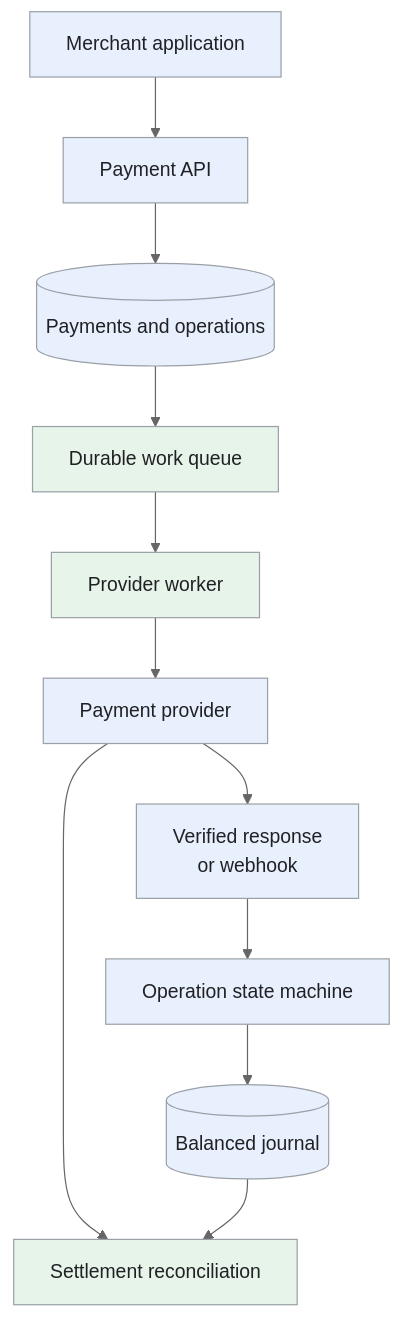
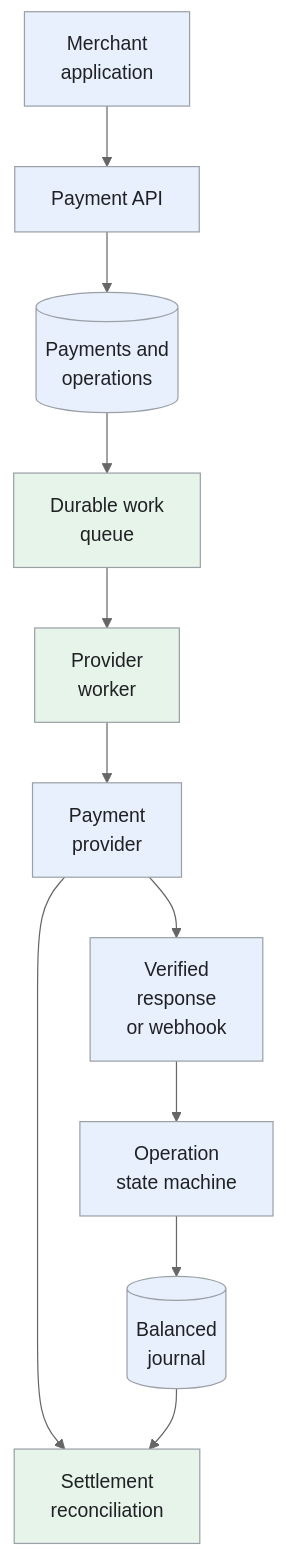
One commit to iliazlobin/iliazlobin.github.io changed the first of 6 diagrams in _designs/system-design-payment-system.md. Above: the diagram before and after it, drawn with Mermaid (neutral theme). The commit also changed other lines of this file and 116 other files, not shown here.

````diff
--- a/_designs/system-design-payment-system.md
+++ b/_designs/system-design-payment-system.md
@@ -140,18 +140,18 @@
 ```mermaid
 flowchart TB
-    U["Merchant application"] --> P["Payment API"]
-    P --> D[("Payments and operations")]
-    D --> Q["Durable work queue"]
-    Q --> W["Provider worker"]
-    W --> X["Payment provider"]
-    X --> H["Verified response<br/>or webhook"]
-    H --> S["Operation state machine"]
-    S --> L[("Balanced journal")]
-    X --> R["Settlement reconciliation"]
+    U["Merchant<br>application"] --> P["Payment API"]
+    P --> D[("Payments and<br>operations")]
+    D --> Q["Durable work<br>queue"]
+    Q --> W["Provider<br>worker"]
+    W --> X["Payment<br>provider"]
+    X --> H["Verified<br>response<br>or webhook"]
+    H --> S["Operation<br>state machine"]
+    S --> L[("Balanced<br>journal")]
+    X --> R["Settlement<br>reconciliation"]
     L --> R
   classDef request fill:#e8f0fe,stroke:#9aa0a6,color:#202124,stroke-width:1px
   classDef background fill:#e6f4ea,stroke:#9aa0a6,color:#202124,stroke-width:1px
   classDef control fill:#fef7e0,stroke:#9aa0a6,color:#202124,stroke-width:1px
   class U,P,D,X,H,S,L request
   class Q,W,R background
 ```
````
